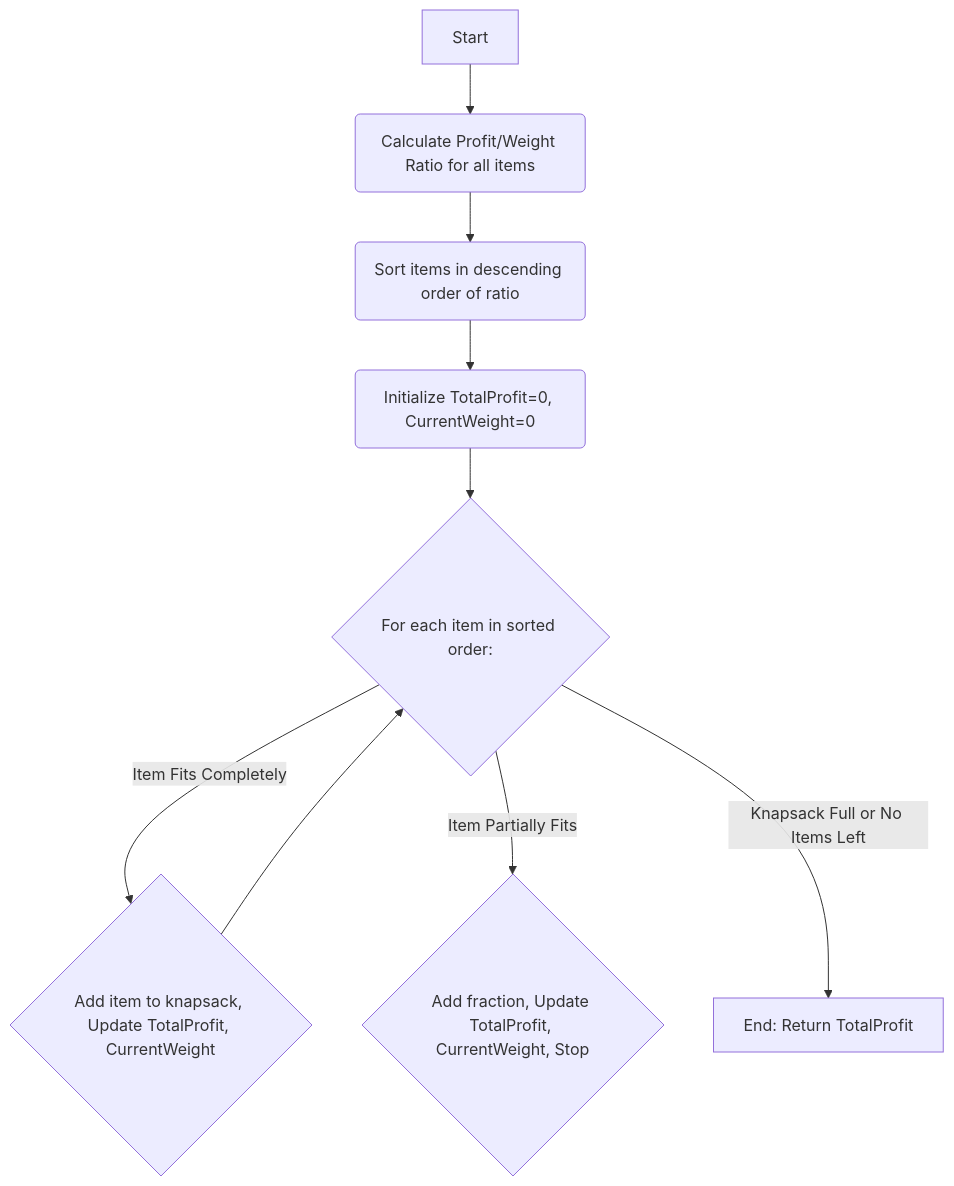
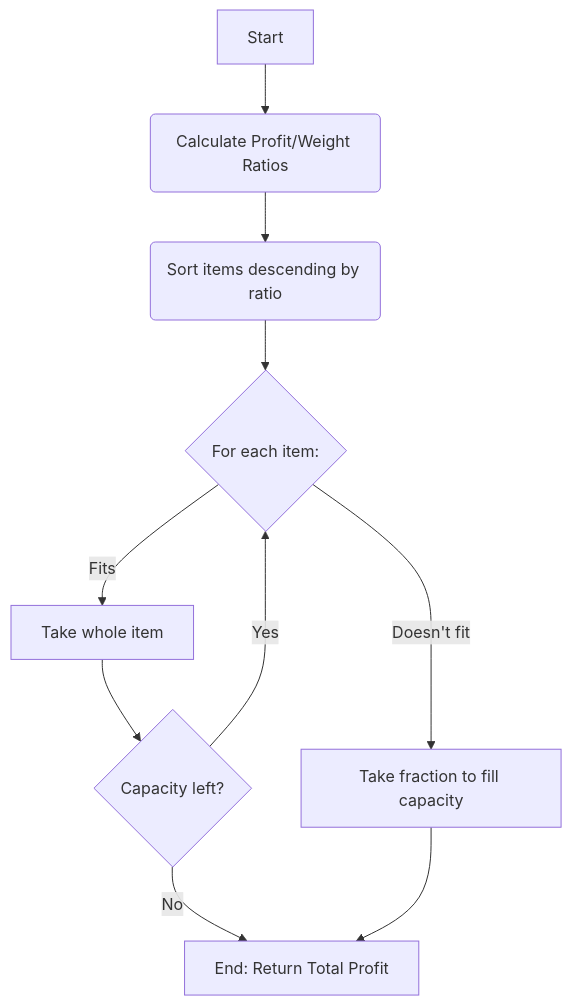
Before and after one commit to djmahe4/ktu-mindmaps: the ninth of 18 diagrams in s6/aad/ie2.md, drawn with Mermaid. The commit also changed other lines of this file, not shown here.

Commit message:
Updated analysis content for algorithm design strategies and associated diagrams.

````diff
--- a/s6/aad/ie2.md
+++ b/s6/aad/ie2.md
@@ -137,11 +195,12 @@
 ```mermaid
 graph TD
-    A[Start] --> B(Calculate Profit/Weight Ratio for all items);
-    B --> C(Sort items in descending order of ratio);
-    C --> D(Initialize TotalProfit=0, CurrentWeight=0);
-    D --> E{For each item in sorted order:};
-    E -- Item Fits Completely --> F{Add item to knapsack, Update TotalProfit, CurrentWeight};
-    E -- Item Partially Fits --> G{Add fraction, Update TotalProfit, CurrentWeight, Stop};
-    F --> E;
-    E -- Knapsack Full or No Items Left --> H[End: Return TotalProfit];
+    A[Start] --> B(Calculate Profit/Weight Ratios)
+    B --> C(Sort items descending by ratio)
+    C --> D{For each item:}
+    D -- Fits --> E[Take whole item]
+    D -- Doesn't fit --> F[Take fraction to fill capacity]
+    E --> G{Capacity left?}
+    G -- Yes --> D
+    G -- No --> H[End: Return Total Profit]
+    F --> H
 ```
````
